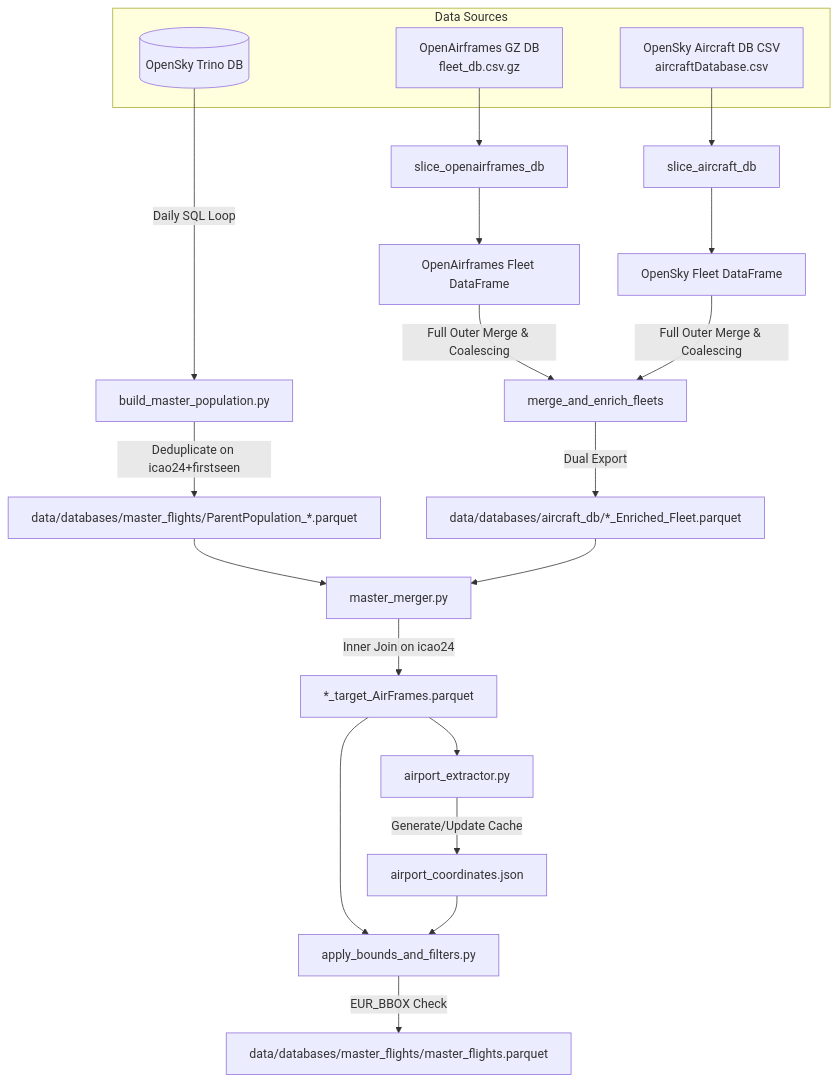
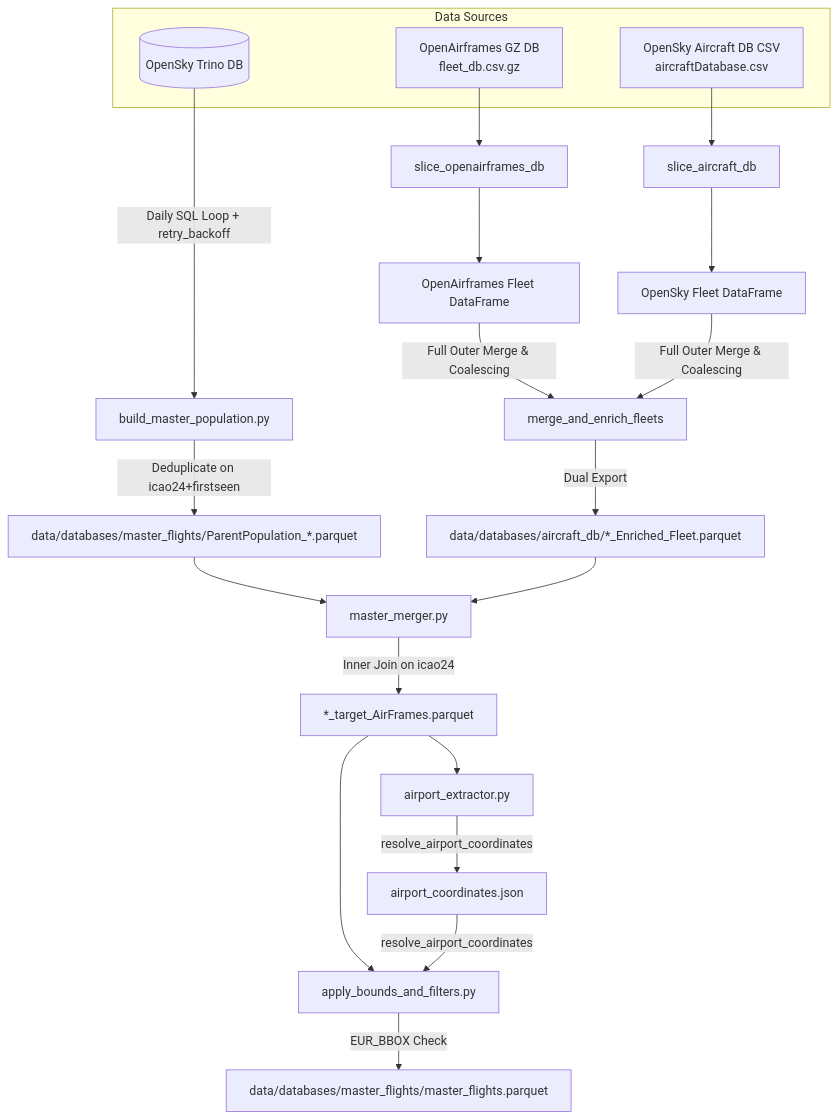
Before and after one commit to Bauzement123/flight-physics-pipeline: the first of 2 diagrams in src/core/acquisition/README.md, drawn with Mermaid. The commit also changed other lines of this file and 16 other files, not shown here.

````diff
--- a/src/core/acquisition/README.md
+++ b/src/core/acquisition/README.md
@@ -82,37 +87,37 @@
 ```mermaid
 graph TD
     %% Input Sources
     subgraph Data Sources
         SrcTrino[(OpenSky Trino DB)]
         SrcAirframes[OpenAirframes GZ DB<br>fleet_db.csv.gz]
         SrcAircraftDB[OpenSky Aircraft DB CSV<br>aircraftDatabase.csv]
     end
 
     %% Track A
-    SrcTrino -->|Daily SQL Loop| A1[build_master_population.py]
+    SrcTrino -->|Daily SQL Loop + retry_backoff| A1[build_master_population.py]
     A1 -->|Deduplicate on icao24+firstseen| OutA[data/databases/master_flights/ParentPopulation_*.parquet]
 
     %% Track B
     SrcAirframes --> B_oa[slice_openairframes_db]
     SrcAircraftDB --> B_os[slice_aircraft_db]
     
     B_oa --> B_oa_out[OpenAirframes Fleet DataFrame]
     B_os --> B_os_out[OpenSky Fleet DataFrame]
     
     B_oa_out -->|Full Outer Merge & Coalescing| B_merge[merge_and_enrich_fleets]
     B_os_out -->|Full Outer Merge & Coalescing| B_merge
     
     B_merge -->|Dual Export| OutB[data/databases/aircraft_db/*_Enriched_Fleet.parquet]
 
     %% Merger Stage
     OutA --> Merge[master_merger.py]
     OutB --> Merge
     Merge -->|Inner Join on icao24| OutM["*_target_AirFrames.parquet"]
     
-    %% Bounding Box Filter
+    %% Bounding Box & Airport Labeling
     OutM --> Ext[airport_extractor.py]
-    Ext -->|Generate/Update Cache| Cache[airport_coordinates.json]
+    Ext -->|resolve_airport_coordinates| Cache[airport_coordinates.json]
     OutM --> FiltBox[apply_bounds_and_filters.py]
-    Cache --> FiltBox
+    Cache -->|resolve_airport_coordinates| FiltBox
     FiltBox -->|EUR_BBOX Check| Final[data/databases/master_flights/master_flights.parquet]
 ```
````
